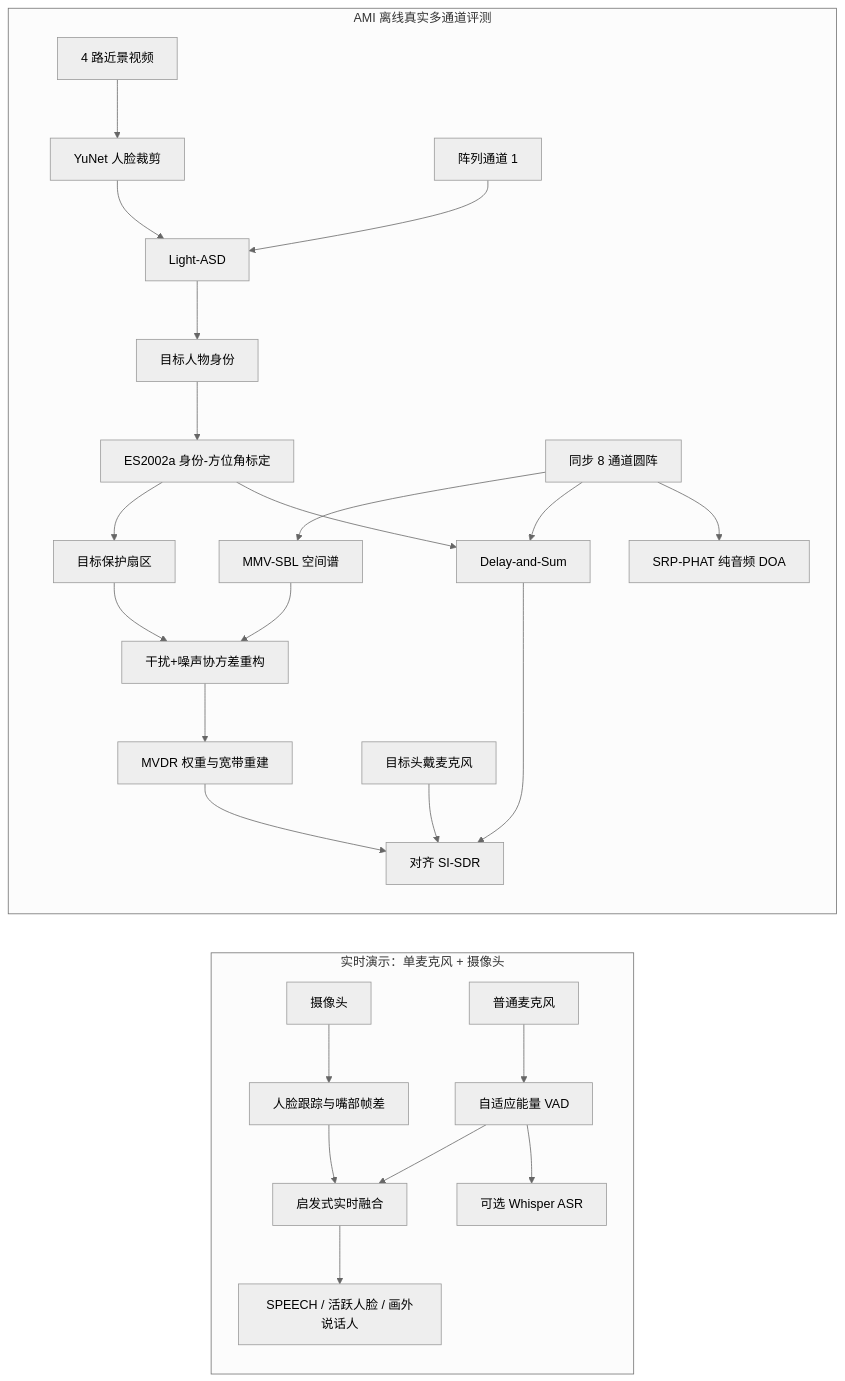
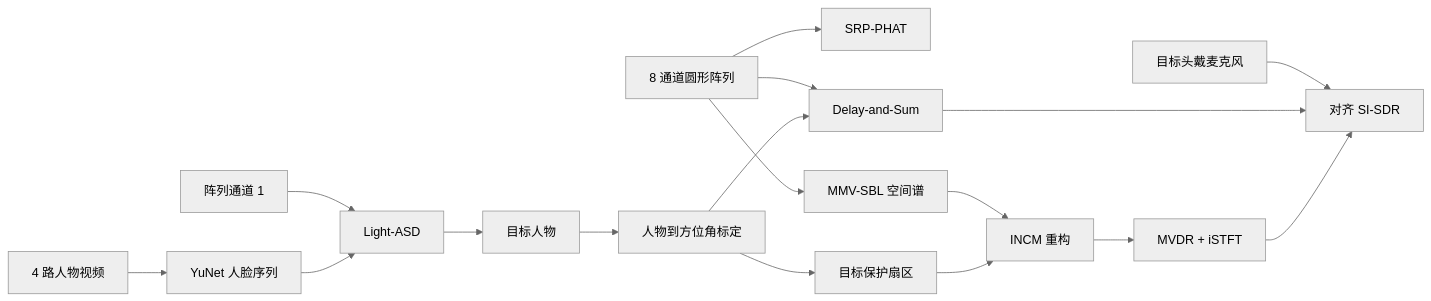
Before and after one commit to right404/cabin-multimodal-speech: the diagram in README.md, drawn with Mermaid (neutral theme). The commit also changed other lines of this file and 5 other files, not shown here.

````diff
--- a/README.md
+++ b/README.md
@@ -29,32 +52,21 @@
 ```mermaid
 flowchart LR
-    subgraph RT[实时演示：单麦克风 + 摄像头]
-        MIC[普通麦克风] --> VAD[自适应能量 VAD]
-        CAM[摄像头] --> HAAR[人脸跟踪与嘴部帧差]
-        VAD --> LF[启发式实时融合]
-        HAAR --> LF
-        LF --> UI[SPEECH / 活跃人脸 / 画外说话人]
-        VAD --> ASR[可选 Whisper ASR]
-    end
+    V[4 路人物视频] --> Y[YuNet 人脸序列]
+    A1[阵列通道 1] --> ASD[Light-ASD]
+    Y --> ASD
+    ASD --> ID[目标人物]
+    ID --> ANGLE[人物到方位角标定]
 
-    subgraph AMI[AMI 离线真实多通道评测]
-        V4[4 路近景视频] --> YU[YuNet 人脸裁剪]
-        A1[阵列通道 1] --> LASD[Light-ASD]
-        YU --> LASD
-        LASD --> ID[目标人物身份]
-        ID --> MAP[ES2002a 身份-方位角标定]
+    A8[8 通道圆形阵列] --> SRP[SRP-PHAT]
+    A8 --> DS[Delay-and-Sum]
+    A8 --> SBL[MMV-SBL 空间谱]
+    ANGLE --> DS
+    ANGLE --> SECTOR[目标保护扇区]
+    SBL --> INCM[INCM 重构]
+    SECTOR --> INCM
+    INCM --> MVDR[MVDR + iSTFT]
 
-        A8[同步 8 通道圆阵] --> SRP[SRP-PHAT 纯音频 DOA]
-        A8 --> DS[Delay-and-Sum]
-        A8 --> SBL[MMV-SBL 空间谱]
-        MAP --> DS
-        MAP --> SECTOR[目标保护扇区]
-        SECTOR --> INCM[干扰+噪声协方差重构]
-        SBL --> INCM
-        INCM --> MVDR[MVDR 权重与宽带重建]
-
-        H[目标头戴麦克风] --> METRIC[对齐 SI-SDR]
-        DS --> METRIC
-        MVDR --> METRIC
-    end
+    H[目标头戴麦克风] --> M[对齐 SI-SDR]
+    DS --> M
+    MVDR --> M
 ```
````
